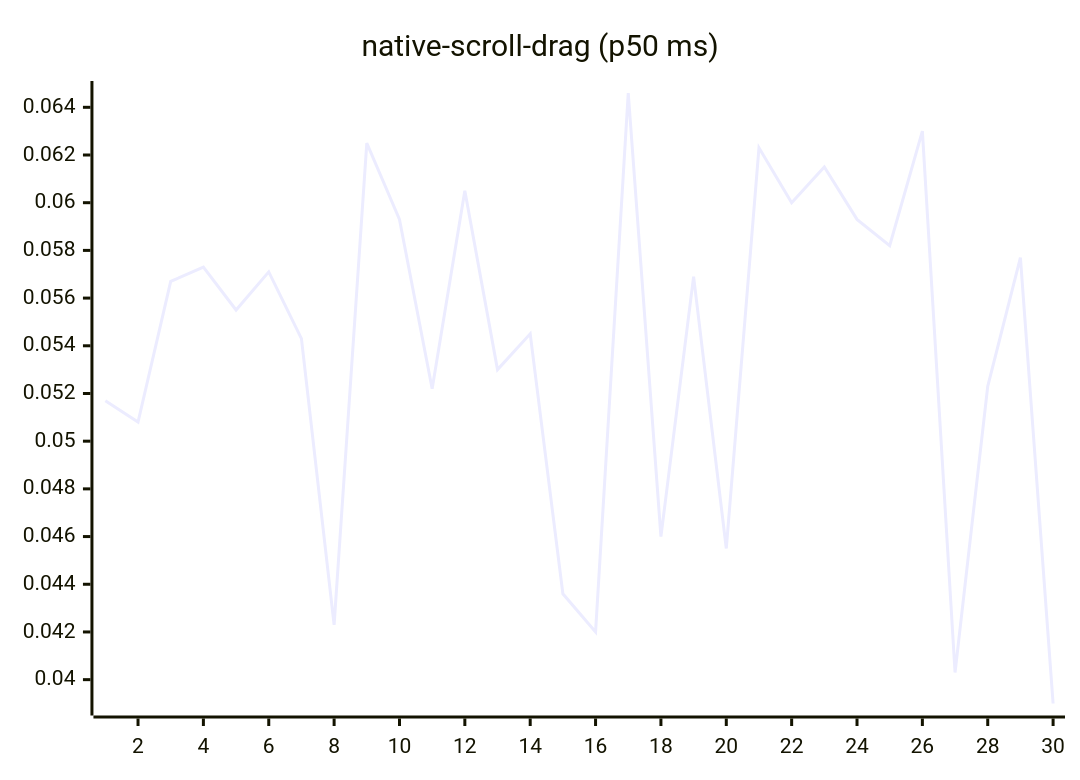
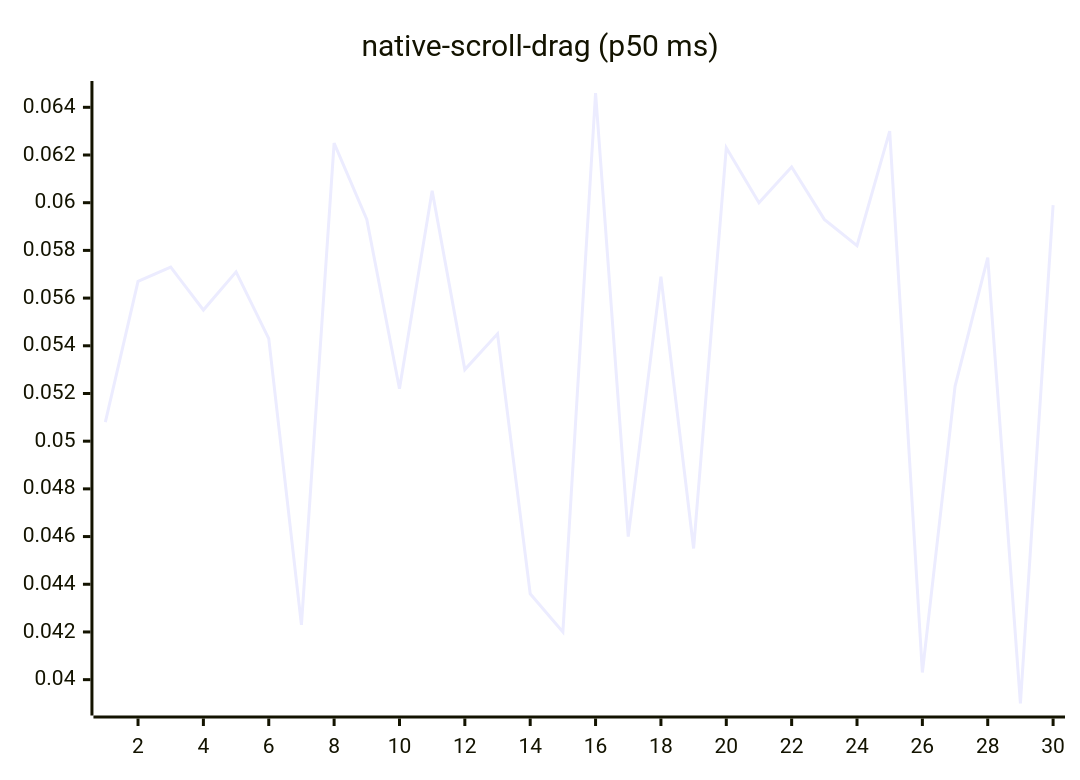
Before and after one commit to josha/Facet: diagram 14 of 27 in README.md, drawn with Mermaid. The commit also changed other lines of this file and 2 other files, not shown here.

````diff
--- a/README.md
+++ b/README.md
@@ -154,6 +154,6 @@
 ```mermaid
 xychart-beta
     title "native-scroll-drag (p50 ms)"
     x-axis 1 --> 30
-    line [0.0517, 0.0508, 0.0567, 0.0573, 0.0555, 0.0571, 0.0543, 0.0423, 0.0625, 0.0593, 0.0522, 0.0605, 0.0530, 0.0545, 0.0436, 0.0420, 0.0646, 0.0460, 0.0569, 0.0455, 0.0623, 0.0600, 0.0615, 0.0593, 0.0582, 0.0630, 0.0403, 0.0523, 0.0577, 0.0390]
+    line [0.0508, 0.0567, 0.0573, 0.0555, 0.0571, 0.0543, 0.0423, 0.0625, 0.0593, 0.0522, 0.0605, 0.0530, 0.0545, 0.0436, 0.0420, 0.0646, 0.0460, 0.0569, 0.0455, 0.0623, 0.0600, 0.0615, 0.0593, 0.0582, 0.0630, 0.0403, 0.0523, 0.0577, 0.0390, 0.0599]
 ```
````
